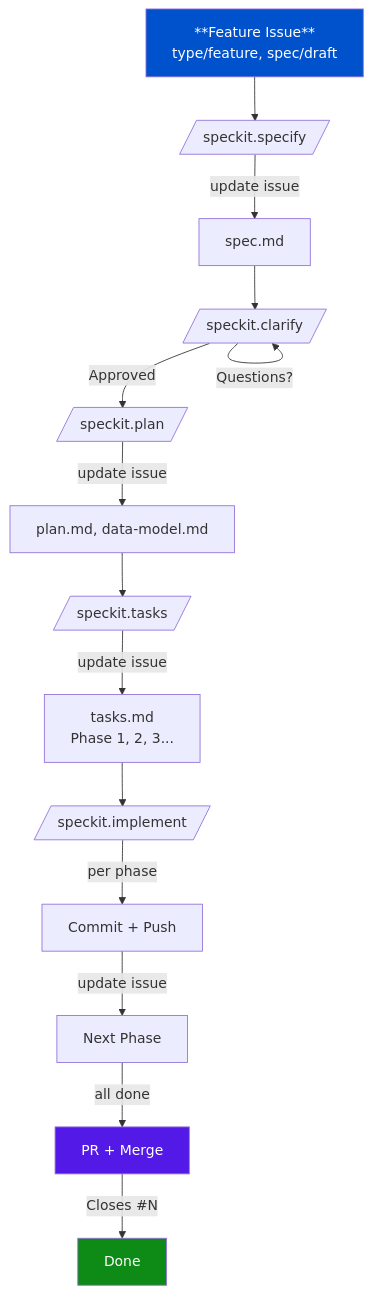
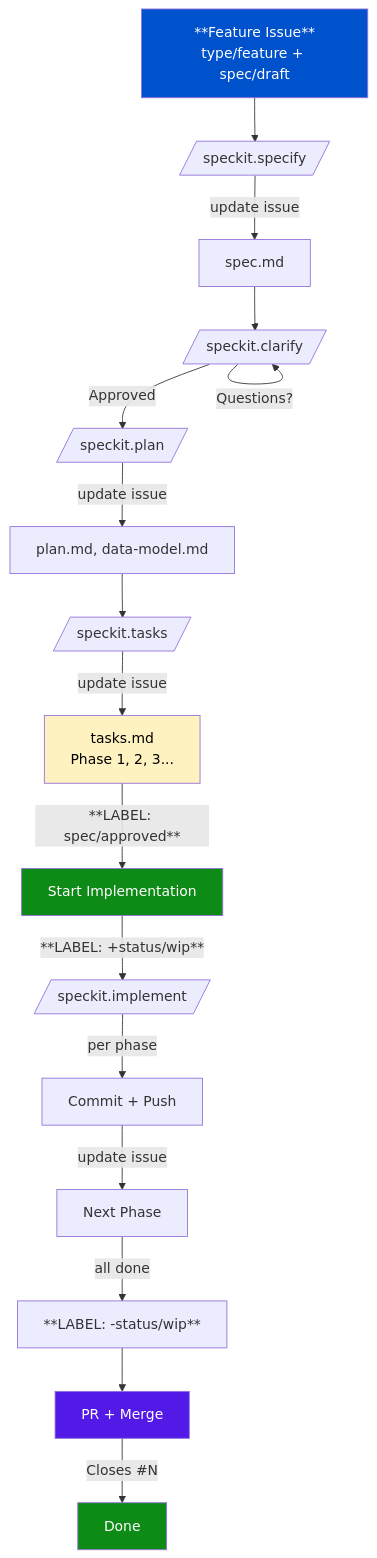
The second of 3 diagrams in README.md (jakubbican/gh-sdd-ai-workflow), drawn with Mermaid before and after one commit. The commit also changed other lines of this file and 8 other files, not shown here.

````diff
--- a/README.md
+++ b/README.md
@@ -188,20 +244,24 @@
 ```mermaid
 flowchart TD
-    A[**Feature Issue**<br/>type/feature, spec/draft] --> B[/speckit.specify/]
+    A[**Feature Issue**<br/>type/feature + spec/draft] --> B[/speckit.specify/]
     B --> |update issue| C[spec.md]
     C --> D[/speckit.clarify/]
     D -->|Questions?| D
     D -->|Approved| E[/speckit.plan/]
     E --> |update issue| F[plan.md, data-model.md]
     F --> G[/speckit.tasks/]
     G --> |update issue| H[tasks.md<br/>Phase 1, 2, 3...]
-    H --> I[/speckit.implement/]
-    I -->|per phase| J[Commit + Push]
-    J --> |update issue| K[Next Phase]
-    K -->|all done| L[PR + Merge]
-    L -->|Closes #N| M[Done]
+    H --> |**LABEL: spec/approved**| I[Start Implementation]
+    I --> |**LABEL: +status/wip**| J[/speckit.implement/]
+    J -->|per phase| K[Commit + Push]
+    K --> |update issue| L[Next Phase]
+    L -->|all done| M[**LABEL: -status/wip**]
+    M --> N[PR + Merge]
+    N -->|Closes #N| O[Done]
 
     style A fill:#0052CC,color:#fff
-    style L fill:#5319E7,color:#fff
-    style M fill:#0E8A16,color:#fff
+    style H fill:#FEF2C0,color:#000
+    style I fill:#0E8A16,color:#fff
+    style N fill:#5319E7,color:#fff
+    style O fill:#0E8A16,color:#fff
 ```
````
